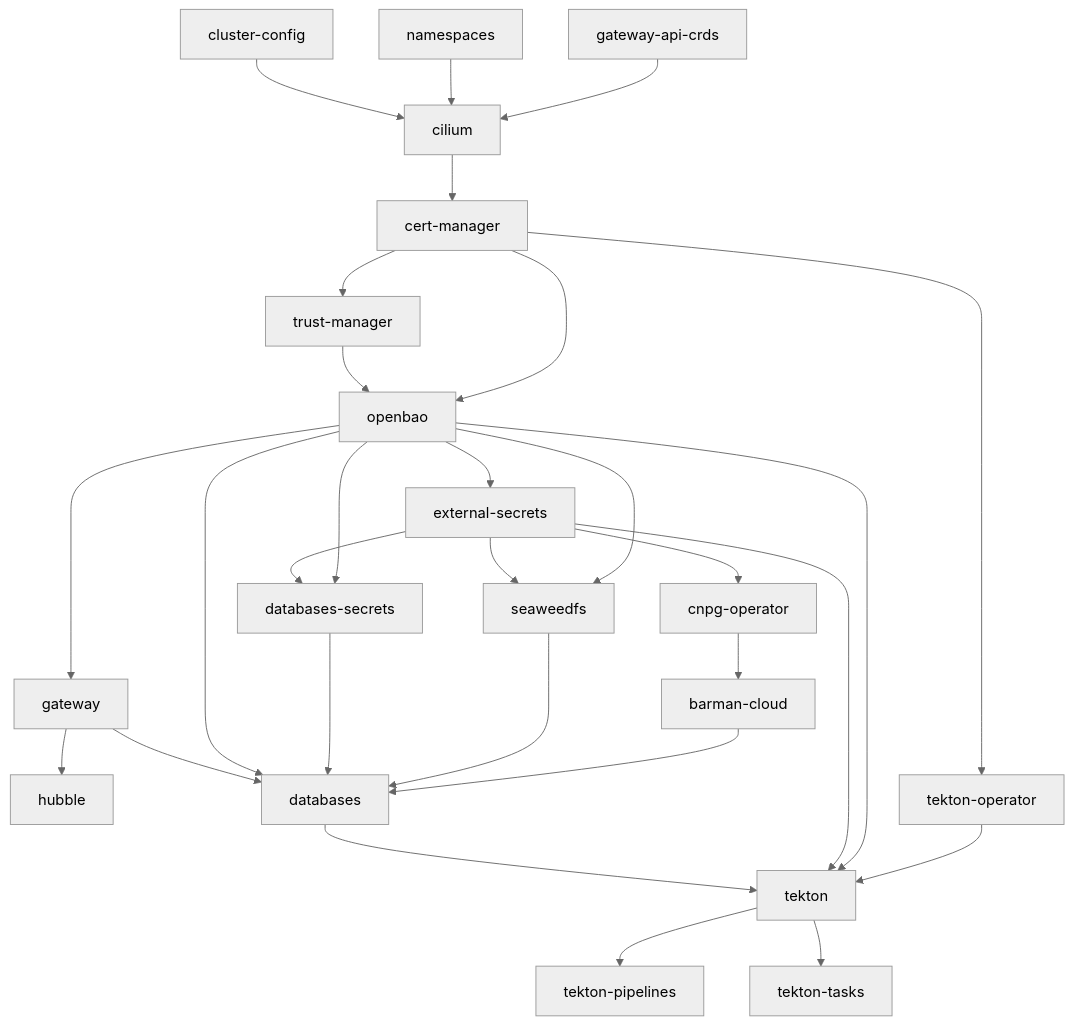
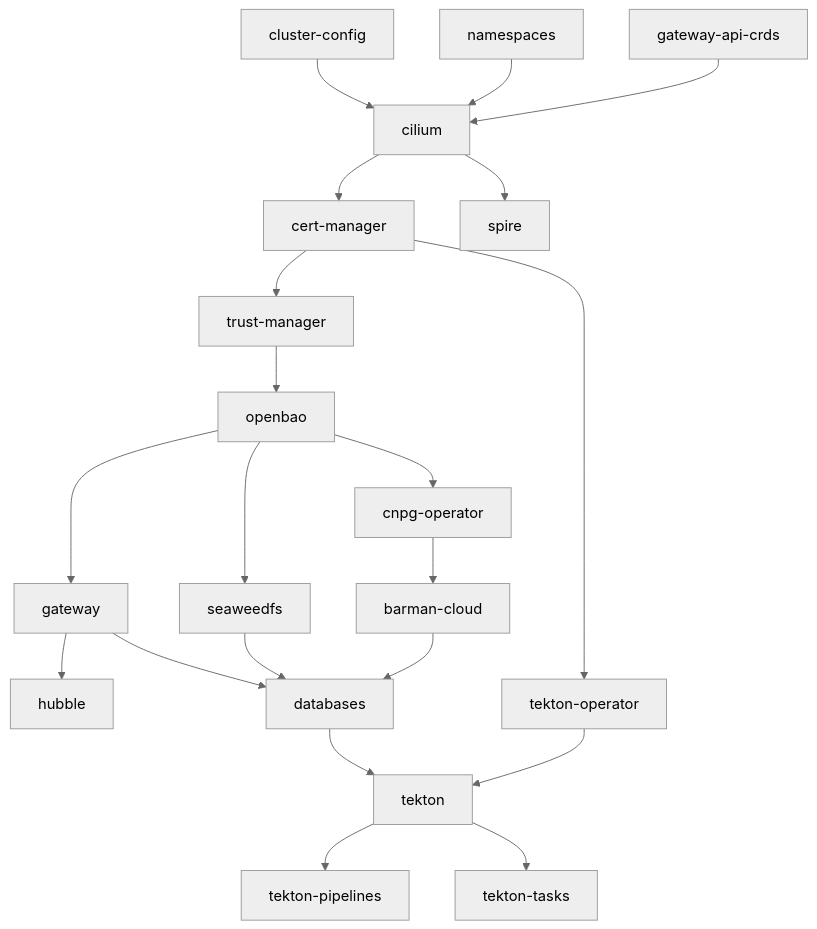
The diagram in docs/INSTALLATION.md (DragonBishop/data_science_cluster), drawn with Mermaid (neutral theme) before and after one commit. The commit also changed other lines of this file and 4 other files, not shown here.

````diff
--- a/docs/INSTALLATION.md
+++ b/docs/INSTALLATION.md
@@ -355,41 +355,33 @@
 ```mermaid
 flowchart TD
     %% Base Foundations
     crds["gateway-api-crds"] --> cilium["cilium"]
     ns["namespaces"] --> cilium
     cc["cluster-config"] --> cilium
 
     %% Core Services & PKI
     cilium --> certmgr["cert-manager"]
     certmgr --> trustmgr["trust-manager"]
-    certmgr --> openbao["openbao"]
-    trustmgr --> openbao
+    trustmgr --> openbao["openbao"]
+    cilium --> spire["spire"]
 
     %% Platform Services
-    openbao --> eso["external-secrets"]
-    eso --> cnpg["cnpg-operator"]
+    openbao --> cnpg["cnpg-operator"]
     cnpg --> barman["barman-cloud"]
 
     openbao --> gw["gateway"]
     gw --> hubble["hubble"]
 
     %% Applications
-    openbao --> dbsecrets["databases-secrets"]
-    eso --> dbsecrets
     openbao --> seaweedfs["seaweedfs"]
-    eso --> seaweedfs
     barman --> db["databases"]
     seaweedfs --> db
-    dbsecrets --> db
-    openbao --> db
     gw --> db
 
     %% CI
     certmgr --> tektonop["tekton-operator"]
     tektonop --> tekton["tekton"]
-    openbao --> tekton
-    eso --> tekton
     db --> tekton
     tekton --> tektonpipelines["tekton-pipelines"]
     tekton --> tektontasks["tekton-tasks"]
 ```
````
